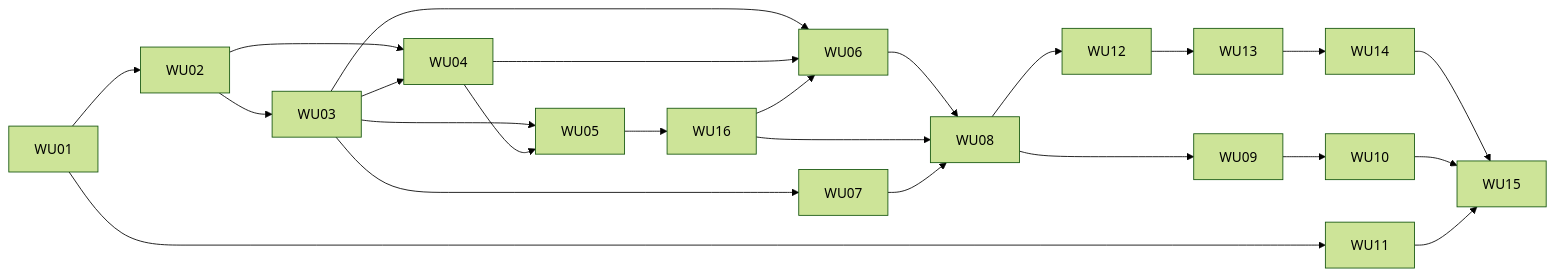
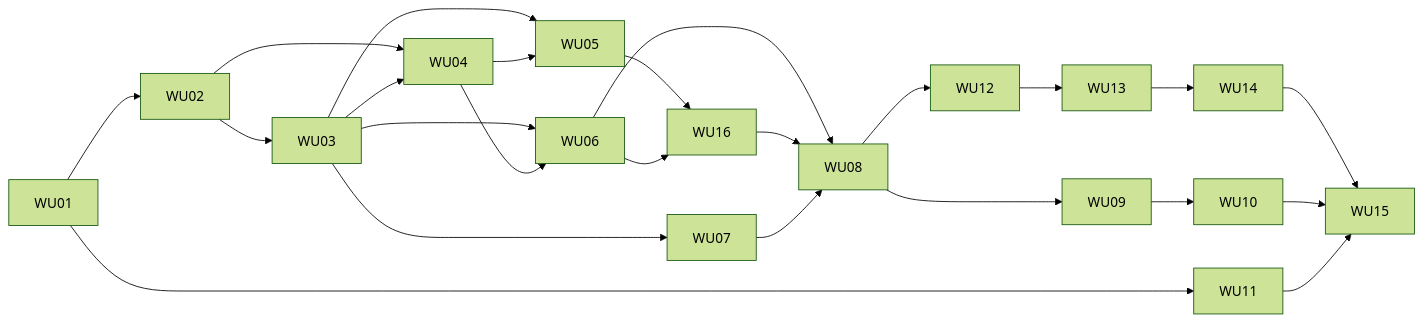
The diagram in .aidlc/intents/use-dtech-aidlc-to-develop-the-backup-and-restor/develop/implementation-design/implementation-plan.md (doitsu2014/my-cms), drawn with Mermaid (forest theme) before and after one commit. The commit also changed other lines of this file and 44 other files, not shown here.

````diff
--- a/.aidlc/intents/use-dtech-aidlc-to-develop-the-backup-and-restor/develop/implementation-design/implementation-plan.md
+++ b/.aidlc/intents/use-dtech-aidlc-to-develop-the-backup-and-restor/develop/implementation-design/implementation-plan.md
@@ -100,26 +100,26 @@
 ```mermaid
 flowchart LR
   WU01 --> WU02
   WU01 --> WU11
   WU02 --> WU03
   WU02 --> WU04
   WU03 --> WU04
   WU03 --> WU05
   WU04 --> WU05
   WU03 --> WU07
   WU03 --> WU06
   WU04 --> WU06
   WU05 --> WU16
-  WU16 --> WU06
+  WU06 --> WU16
   WU06 --> WU08
   WU16 --> WU08
   WU07 --> WU08
   WU08 --> WU09
   WU08 --> WU12
   WU09 --> WU10
   WU12 --> WU13
   WU13 --> WU14
   WU14 --> WU15
   WU10 --> WU15
   WU11 --> WU15
 ```
````
